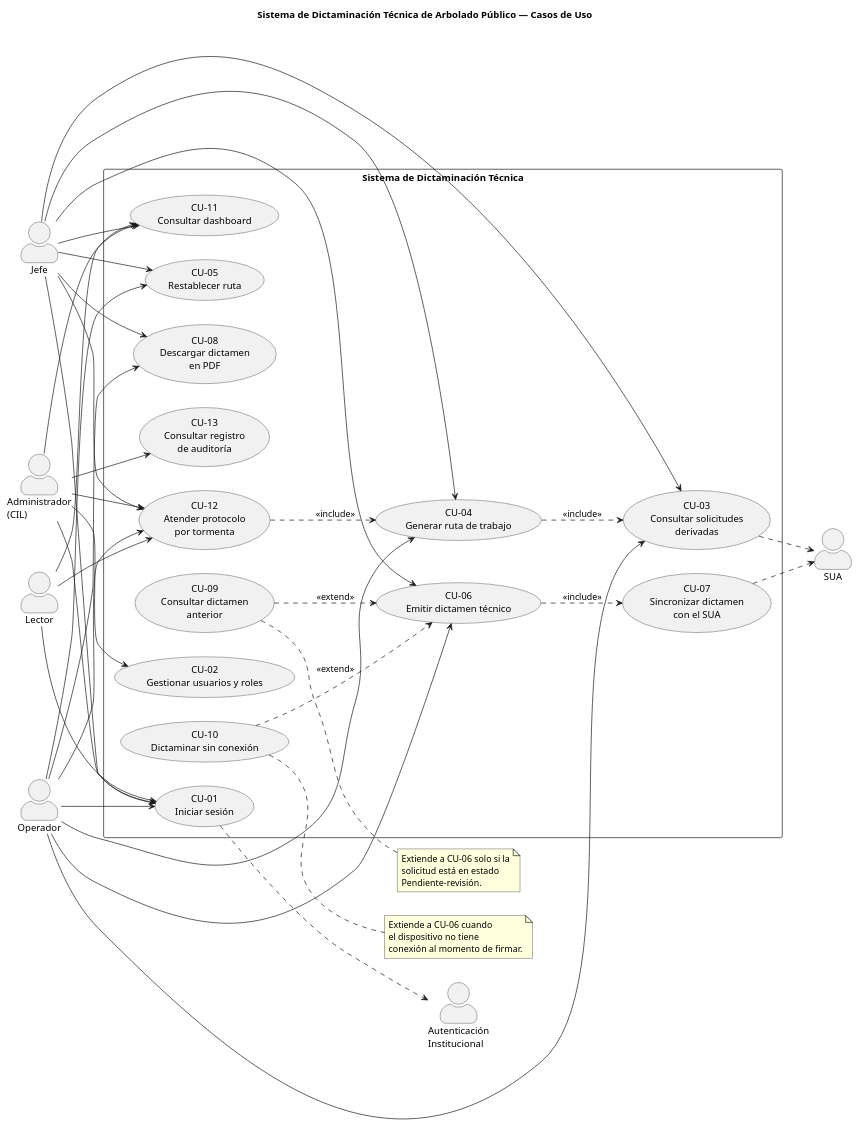
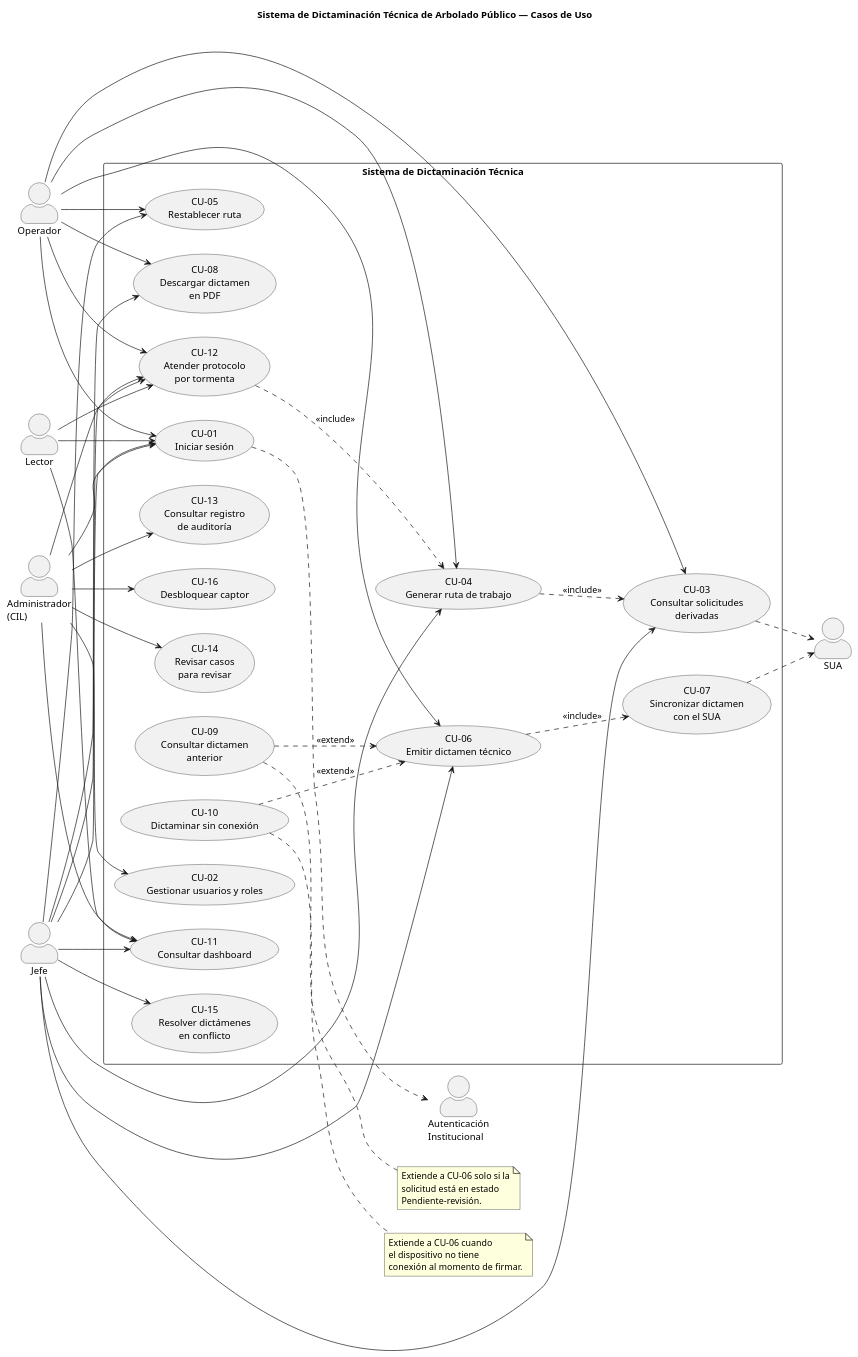
Before and after one commit to GabrielBoubonis/Direccion-Tecnica-de-Arbolado: the diagram in DocumentacionDesarrollo/diagramas/casos-de-uso.puml, drawn with PlantUML. The commit also changed 28 other files, not shown here.

```diff
--- a/DocumentacionDesarrollo/diagramas/casos-de-uso.puml
+++ b/DocumentacionDesarrollo/diagramas/casos-de-uso.puml
@@ -1,92 +1,98 @@
 @startuml casos-de-uso
 left to right direction
 skinparam packageStyle rectangle
 skinparam actorStyle awesome
 
 title Sistema de Dictaminación Técnica de Arbolado Público — Casos de Uso
 
 actor "Operador" as OP
 actor "Jefe" as JF
 actor "Administrador\n(CIL)" as AD
 actor "Lector" as LE
 
 actor "SUA" as SUA
 actor "Autenticación\nInstitucional" as AUTH
 
 rectangle "Sistema de Dictaminación Técnica" {
 
   usecase "CU-01\nIniciar sesión" as CU01
   usecase "CU-02\nGestionar usuarios y roles" as CU02
   usecase "CU-03\nConsultar solicitudes\nderivadas" as CU03
   usecase "CU-04\nGenerar ruta de trabajo" as CU04
   usecase "CU-05\nRestablecer ruta" as CU05
   usecase "CU-06\nEmitir dictamen técnico" as CU06
   usecase "CU-07\nSincronizar dictamen\ncon el SUA" as CU07
   usecase "CU-08\nDescargar dictamen\nen PDF" as CU08
   usecase "CU-09\nConsultar dictamen\nanterior" as CU09
   usecase "CU-10\nDictaminar sin conexión" as CU10
   usecase "CU-11\nConsultar dashboard" as CU11
   usecase "CU-12\nAtender protocolo\npor tormenta" as CU12
   usecase "CU-13\nConsultar registro\nde auditoría" as CU13
+  usecase "CU-14\nRevisar casos\npara revisar" as CU14
+  usecase "CU-15\nResolver dictámenes\nen conflicto" as CU15
+  usecase "CU-16\nDesbloquear captor" as CU16
 
 }
 
 ' --- Actores principales ---
 OP --> CU01
 JF --> CU01
 AD --> CU01
 LE --> CU01
 
 OP --> CU03
 JF --> CU03
 
 OP --> CU04
 JF --> CU04
 
 OP --> CU05
 JF --> CU05
 
 OP --> CU06
 JF --> CU06
 
 OP --> CU08
 JF --> CU08
 
 OP --> CU12
 JF --> CU12
 AD --> CU12
 LE --> CU12
 
 AD --> CU02
 AD --> CU13
+AD --> CU14
+AD --> CU16
+JF --> CU15
 
 JF --> CU11
 AD --> CU11
 LE --> CU11
 
 ' --- Actores secundarios (sistemas externos) ---
 CU01 ..> AUTH
 CU03 ..> SUA
 CU07 ..> SUA
 
 ' --- Relaciones entre casos de uso ---
 CU06 ..> CU07 : <<include>>
 CU04 ..> CU03 : <<include>>
 CU12 ..> CU04 : <<include>>
 
 CU09 ..> CU06 : <<extend>>
 CU10 ..> CU06 : <<extend>>
 
 note right of CU10
   Extiende a CU-06 cuando
   el dispositivo no tiene
   conexión al momento de firmar.
 end note
 
 note right of CU09
   Extiende a CU-06 solo si la
   solicitud está en estado
   Pendiente-revisión.
 end note
 
 @enduml
```
